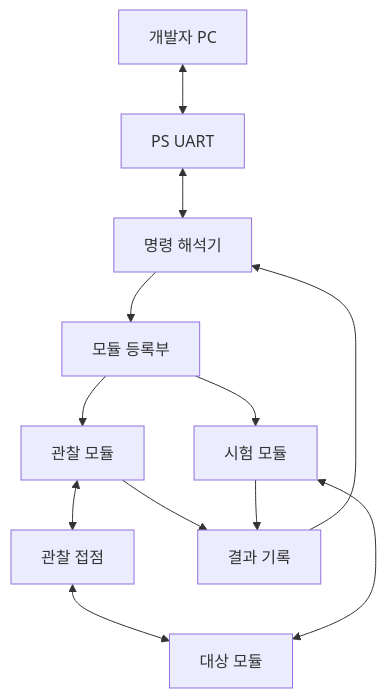
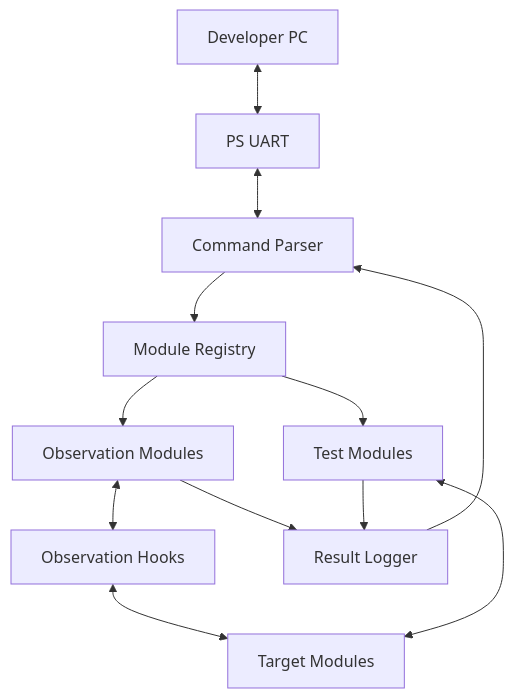
Before and after one commit to twotwoship/Assignment_Collection: the fourth of 4 diagrams in fpga_base_secure_storage_controller_datapath_proto/README.md, drawn with Mermaid. The commit also changed other lines of this file and 17 other files, not shown here.

````diff
--- a/fpga_base_secure_storage_controller_datapath_proto/README.md
+++ b/fpga_base_secure_storage_controller_datapath_proto/README.md
@@ -416,23 +419,23 @@
 ```mermaid
 flowchart TB
-    PC["개발자 PC"]
+    PC["Developer PC"]
     UART["PS UART"]
-    CLI["명령 해석기"]
-    REG["모듈 등록부"]
-    OBS["관찰 모듈"]
-    TEST["시험 모듈"]
-    HOOK["관찰 접점"]
-    TARGET["대상 모듈"]
-    LOG["결과 기록"]
+    CLI["Command Parser"]
+    REG["Module Registry"]
+    OBS["Observation Modules"]
+    TEST["Test Modules"]
+    HOOK["Observation Hooks"]
+    TARGET["Target Modules"]
+    LOG["Result Logger"]
     PC <--> UART
     UART <--> CLI
     CLI --> REG
     REG --> OBS
     REG --> TEST
     OBS <--> HOOK
     HOOK <--> TARGET
     TEST <--> TARGET
     OBS --> LOG
     TEST --> LOG
     LOG --> CLI
 ```
````
